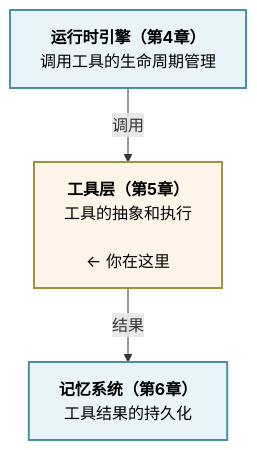
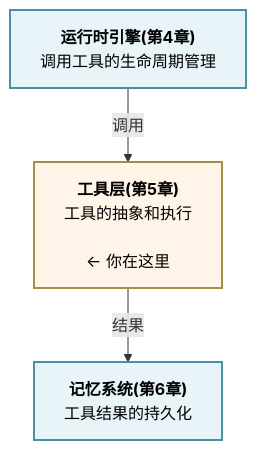
One commit to yeasy/harness_engineering_guide changed the second of 2 diagrams in 05_tool_layer/summary.md. Above: the diagram before and after it, drawn with Mermaid. The commit also changed 58 other files, not shown here.

````diff
--- a/05_tool_layer/summary.md
+++ b/05_tool_layer/summary.md
@@ -100,9 +100,9 @@
 ```mermaid
 graph TD
-    A["<b>运行时引擎（第4章）</b><br/>调用工具的生命周期管理"] -->|调用| B["<b>工具层（第5章）</b><br/>工具的抽象和执行<br/><br/>← 你在这里"]
-    B -->|结果| C["<b>记忆系统（第6章）</b><br/>工具结果的持久化"]
+    A["<b>运行时引擎(第4章)</b><br/>调用工具的生命周期管理"] -->|调用| B["<b>工具层(第5章)</b><br/>工具的抽象和执行<br/><br/>← 你在这里"]
+    B -->|结果| C["<b>记忆系统(第6章)</b><br/>工具结果的持久化"]
 
     style A fill:#e8f4f8,stroke:#4a90a4,stroke-width:2px,color:#000000
     style B fill:#fff4e8,stroke:#a49044,stroke-width:2px,color:#000000
     style C fill:#e8f4f8,stroke:#4a90a4,stroke-width:2px,color:#000000
 ```
````
